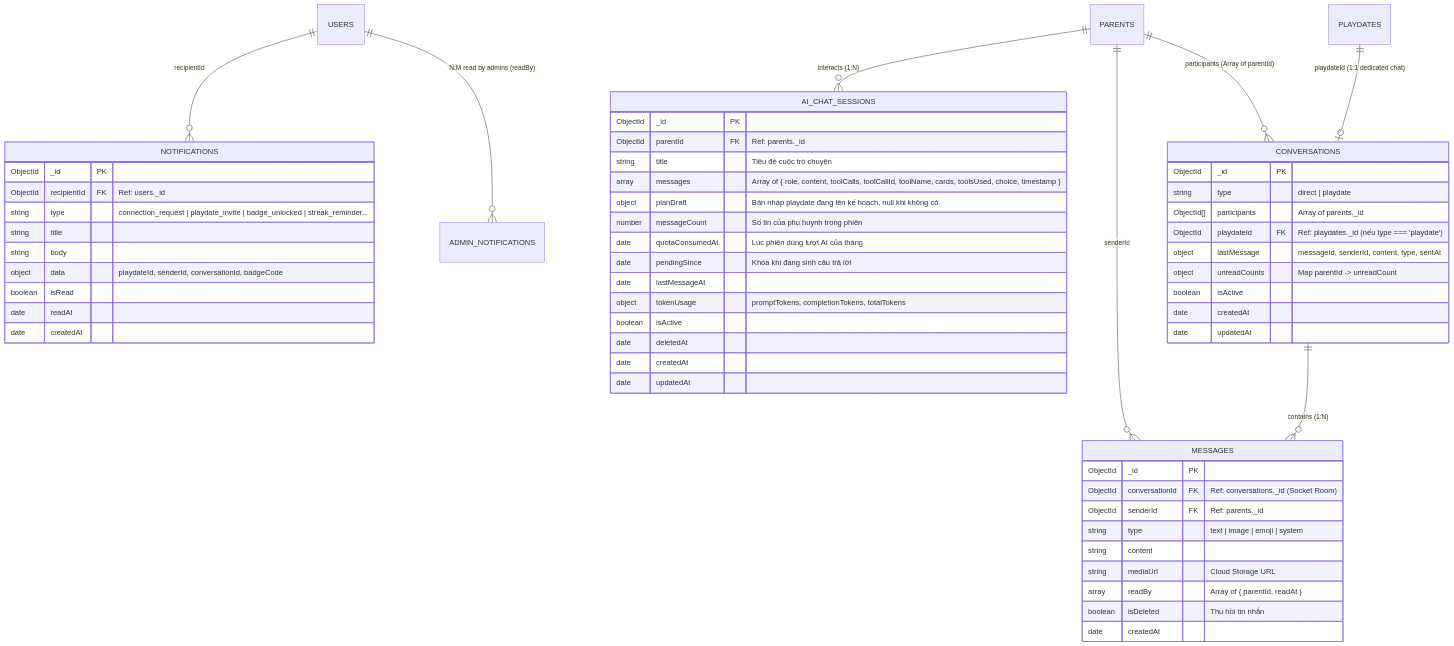
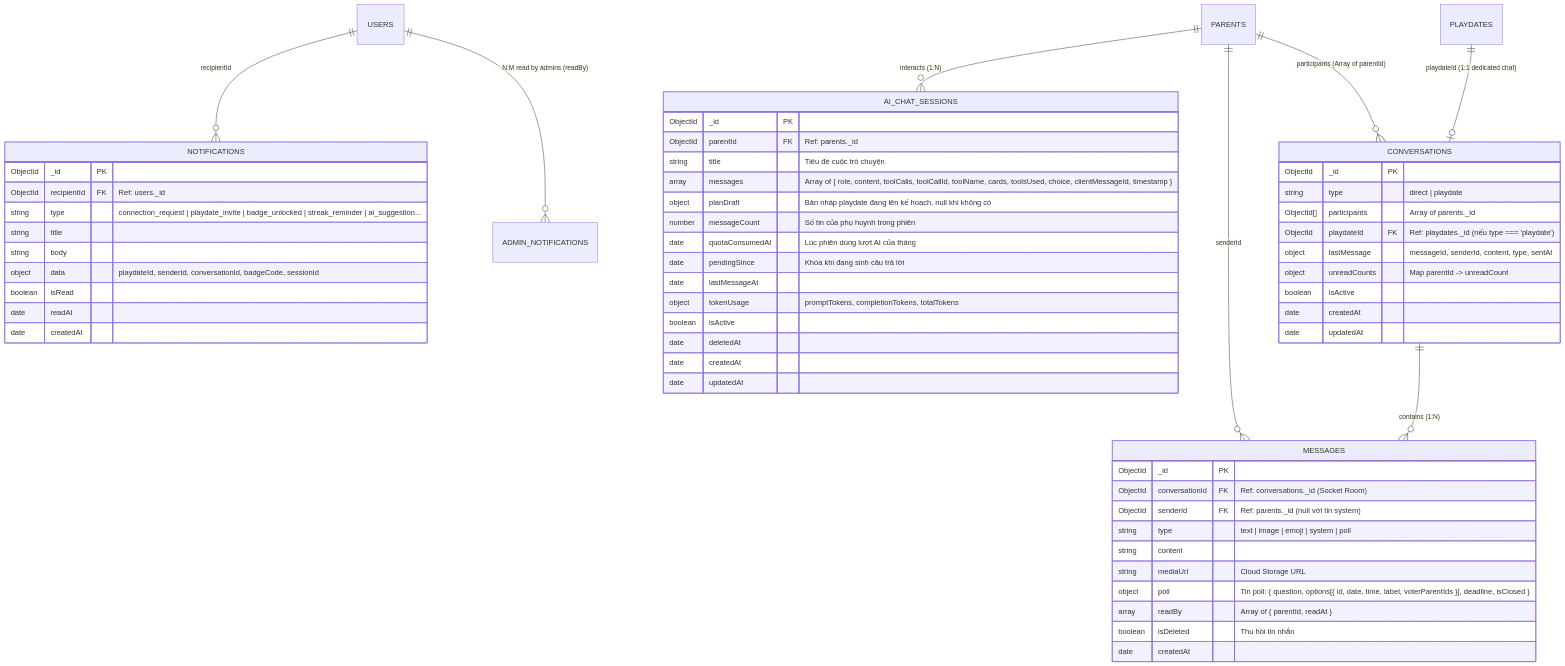
The fifth of 8 diagrams in docs/DATABASE_SCHEMA.md (BuddyLink-Team/Back-End), drawn with Mermaid before and after one commit. The commit also changed other lines of this file and 55 other files, not shown here.

````diff
--- a/docs/DATABASE_SCHEMA.md
+++ b/docs/DATABASE_SCHEMA.md
@@ -323,63 +328,64 @@
 ```mermaid
 erDiagram
     USERS ||--o{ ADMIN_NOTIFICATIONS : "N:M read by admins (readBy)"
     PLAYDATES ||--o| CONVERSATIONS : "playdateId (1:1 dedicated chat)"
     PARENTS ||--o{ CONVERSATIONS : "participants (Array of parentId)"
     CONVERSATIONS ||--o{ MESSAGES : "contains (1:N)"
     PARENTS ||--o{ MESSAGES : "senderId"
     USERS ||--o{ NOTIFICATIONS : "recipientId"
     PARENTS ||--o{ AI_CHAT_SESSIONS : "interacts (1:N)"
 
     CONVERSATIONS {
         ObjectId _id PK
         string type "direct | playdate"
         ObjectId[] participants "Array of parents._id"
         ObjectId playdateId FK "Ref: playdates._id (nếu type === 'playdate')"
         object lastMessage "messageId, senderId, content, type, sentAt"
         object unreadCounts "Map parentId -> unreadCount"
         boolean isActive
         date createdAt
         date updatedAt
     }
 
     MESSAGES {
         ObjectId _id PK
         ObjectId conversationId FK "Ref: conversations._id (Socket Room)"
-        ObjectId senderId FK "Ref: parents._id"
-        string type "text | image | emoji | system"
+        ObjectId senderId FK "Ref: parents._id (null với tin system)"
+        string type "text | image | emoji | system | poll"
         string content
         string mediaUrl "Cloud Storage URL"
+        object poll "Tin poll: { question, options[{ id, date, time, label, voterParentIds }], deadline, isClosed }"
         array readBy "Array of { parentId, readAt }"
         boolean isDeleted "Thu hồi tin nhắn"
         date createdAt
     }
 
     NOTIFICATIONS {
         ObjectId _id PK
         ObjectId recipientId FK "Ref: users._id"
-        string type "connection_request | playdate_invite | badge_unlocked | streak_reminder..."
+        string type "connection_request | playdate_invite | badge_unlocked | streak_reminder | ai_suggestion..."
         string title
         string body
-        object data "playdateId, senderId, conversationId, badgeCode"
+        object data "playdateId, senderId, conversationId, badgeCode, sessionId"
         boolean isRead
         date readAt
         date createdAt
     }
 
     AI_CHAT_SESSIONS {
         ObjectId _id PK
         ObjectId parentId FK "Ref: parents._id"
         string title "Tiêu đề cuộc trò chuyện"
-        array messages "Array of { role, content, toolCalls, toolCallId, toolName, cards, toolsUsed, choice, timestamp }"
+        array messages "Array of { role, content, toolCalls, toolCallId, toolName, cards, toolsUsed, choice, clientMessageId, timestamp }"
         object planDraft "Bản nháp playdate đang lên kế hoạch, null khi không có"
         number messageCount "Số tin của phụ huynh trong phiên"
         date quotaConsumedAt "Lúc phiên dùng lượt AI của tháng"
         date pendingSince "Khóa khi đang sinh câu trả lời"
         date lastMessageAt
         object tokenUsage "promptTokens, completionTokens, totalTokens"
         boolean isActive
         date deletedAt
         date createdAt
         date updatedAt
     }
 ```
````
